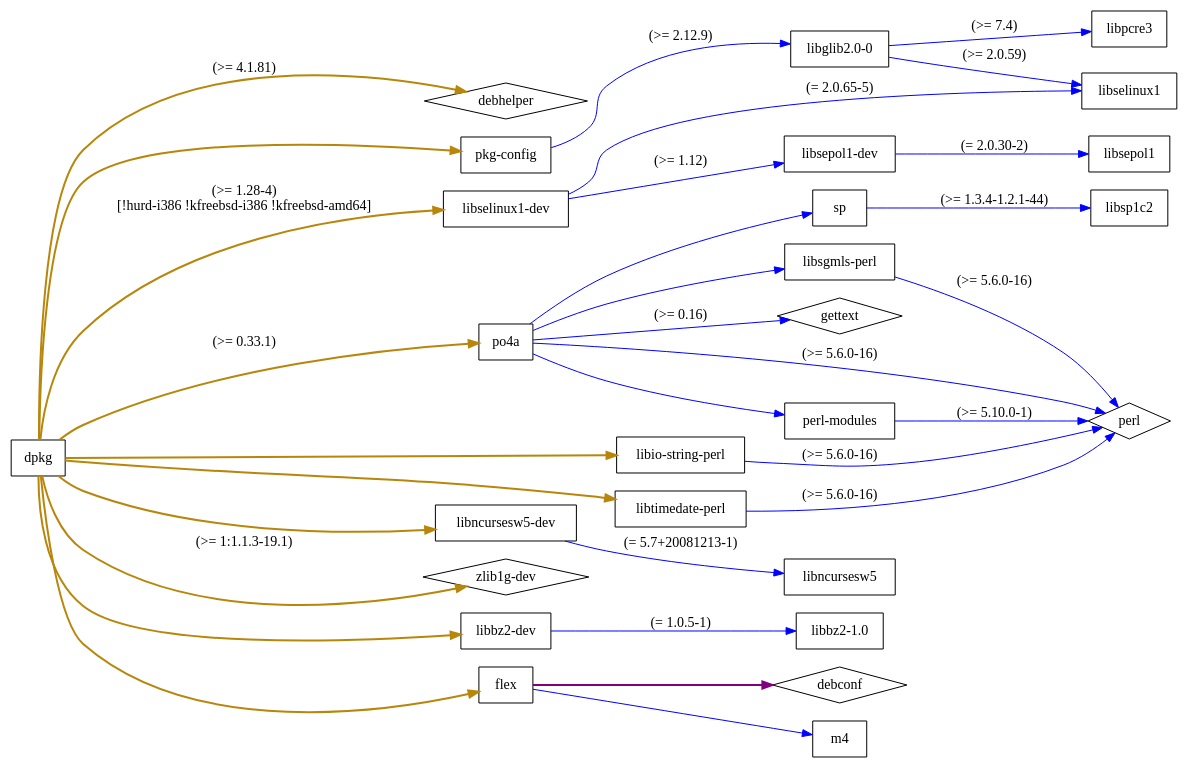
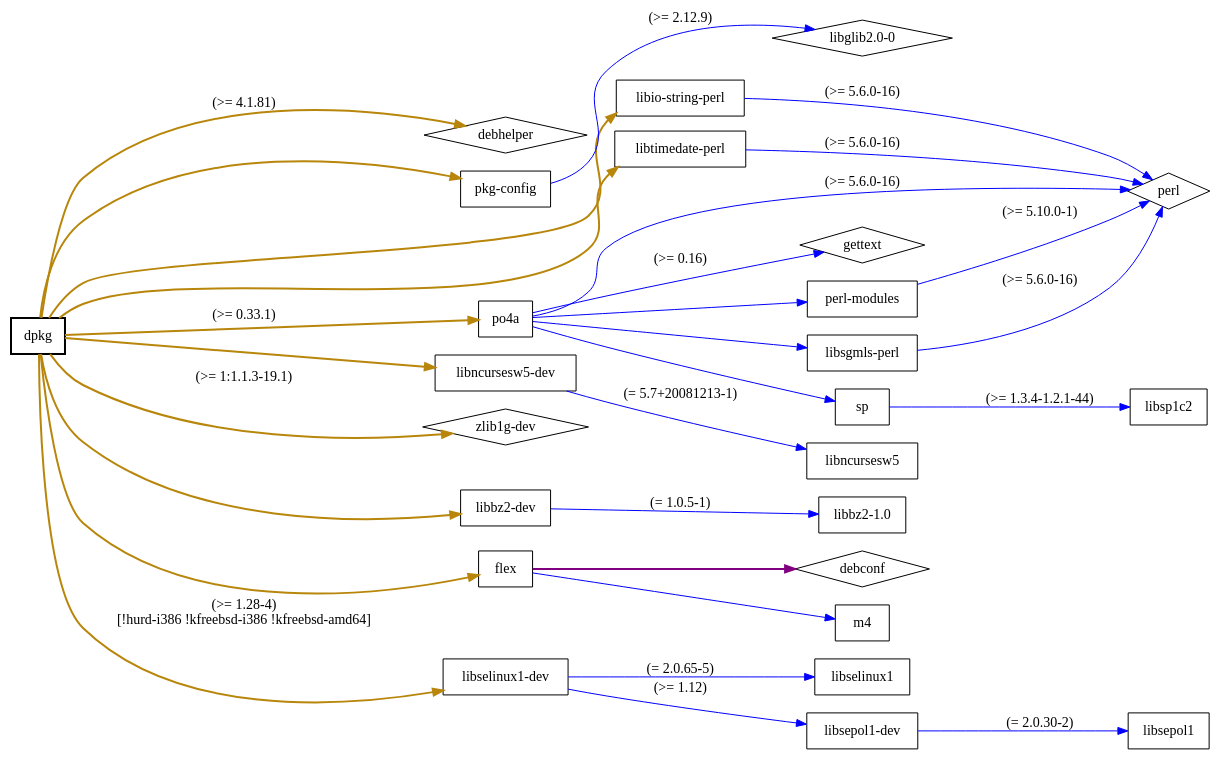
One commit to juandesant/debtree changed the diagram in testset/usage1.dot. Above: the diagram before and after it, drawn with Graphviz. The commit also changed 24 other files, not shown here.

```diff
--- a/testset/usage1.dot
+++ b/testset/usage1.dot
@@ -1,39 +1,41 @@
 digraph "dpkg" {
 	rankdir=LR;
 	node [shape=box];
 	"dpkg" -> "debhelper" [color=darkgoldenrod,style=bold,label="(>= 4.1.81)"];
 	"dpkg" -> "pkg-config" [color=darkgoldenrod,style=bold];
 	"pkg-config" -> "libglib2.0-0" [color=blue,label="(>= 2.12.9)"];
-	"libglib2.0-0" -> "libpcre3" [color=blue,label="(>= 7.4)"];
-	"libglib2.0-0" -> "libselinux1" [color=blue,label="(>= 2.0.59)"];
 	"dpkg" -> "po4a" [color=darkgoldenrod,style=bold,label="(>= 0.33.1)"];
 	"po4a" -> "perl" [color=blue,label="(>= 5.6.0-16)"];
 	"po4a" -> "gettext" [color=blue,label="(>= 0.16)"];
 	"po4a" -> "perl-modules" [color=blue];
 	"perl-modules" -> "perl" [color=blue,label="(>= 5.10.0-1)"];
 	"po4a" -> "libsgmls-perl" [color=blue];
 	"libsgmls-perl" -> "perl" [color=blue,label="(>= 5.6.0-16)"];
 	"po4a" -> "sp" [color=blue];
 	"sp" -> "libsp1c2" [color=blue,label="(>= 1.3.4-1.2.1-44)"];
 	"dpkg" -> "libncursesw5-dev" [color=darkgoldenrod,style=bold];
 	"libncursesw5-dev" -> "libncursesw5" [color=blue,label="(= 5.7+20081213-1)"];
 	"dpkg" -> "zlib1g-dev" [color=darkgoldenrod,style=bold,label="(>= 1:1.1.3-19.1)"];
 	"dpkg" -> "libbz2-dev" [color=darkgoldenrod,style=bold];
 	"libbz2-dev" -> "libbz2-1.0" [color=blue,label="(= 1.0.5-1)"];
 	"dpkg" -> "flex" [color=darkgoldenrod,style=bold];
 	"flex" -> "debconf" [color=purple,style=bold];
 	"flex" -> "m4" [color=blue];
 	"dpkg" -> "libselinux1-dev" [color=darkgoldenrod,style=bold,label="(>= 1.28-4)\n[!hurd-i386 !kfreebsd-i386 !kfreebsd-amd64]"];
 	"libselinux1-dev" -> "libselinux1" [color=blue,label="(= 2.0.65-5)"];
 	"libselinux1-dev" -> "libsepol1-dev" [color=blue,label="(>= 1.12)"];
 	"libsepol1-dev" -> "libsepol1" [color=blue,label="(= 2.0.30-2)"];
 	"dpkg" -> "libtimedate-perl" [color=darkgoldenrod,style=bold];
 	"libtimedate-perl" -> "perl" [color=blue,label="(>= 5.6.0-16)"];
 	"dpkg" -> "libio-string-perl" [color=darkgoldenrod,style=bold];
 	"libio-string-perl" -> "perl" [color=blue,label="(>= 5.6.0-16)"];
-	"debhelper" [shape = diamond];
-	"perl" [shape = diamond];
-	"gettext" [shape = diamond];
-	"zlib1g-dev" [shape = diamond];
-	"debconf" [shape = diamond];
+	"dpkg" [style="setlinewidth(2)"]
+	"debhelper" [shape=diamond];
+	"libglib2.0-0" [shape=diamond];
+	"perl" [shape=diamond];
+	"gettext" [shape=diamond];
+	"zlib1g-dev" [shape=diamond];
+	"debconf" [shape=diamond];
 }
+// Excluded dependencies:
+// libc6 libgcc1 libstdc++6 libc-dev libc6-dev
```
